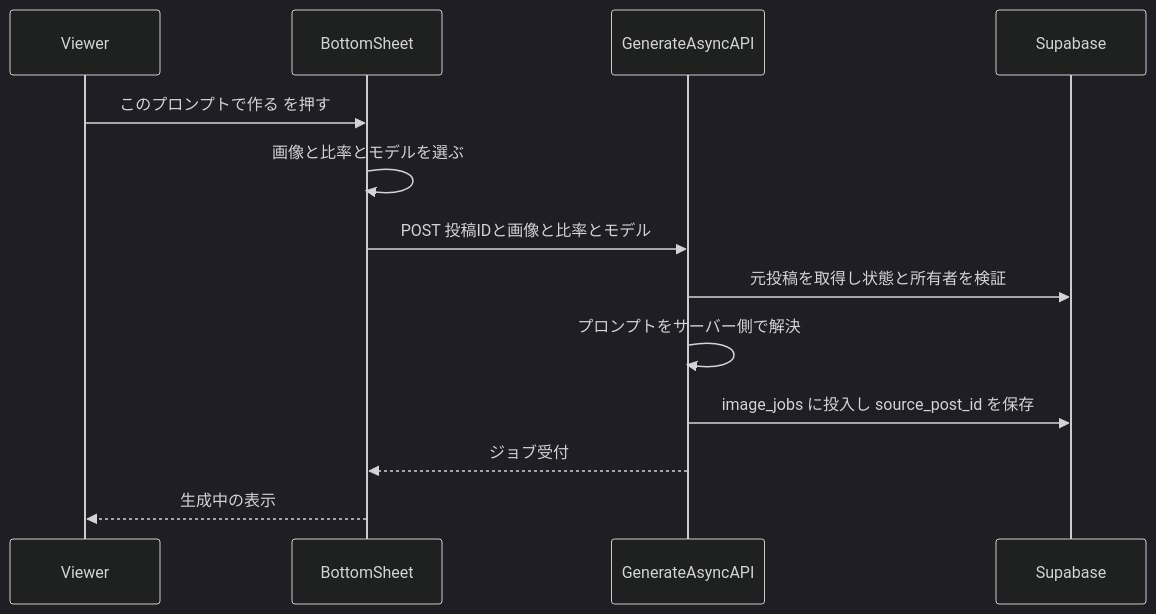
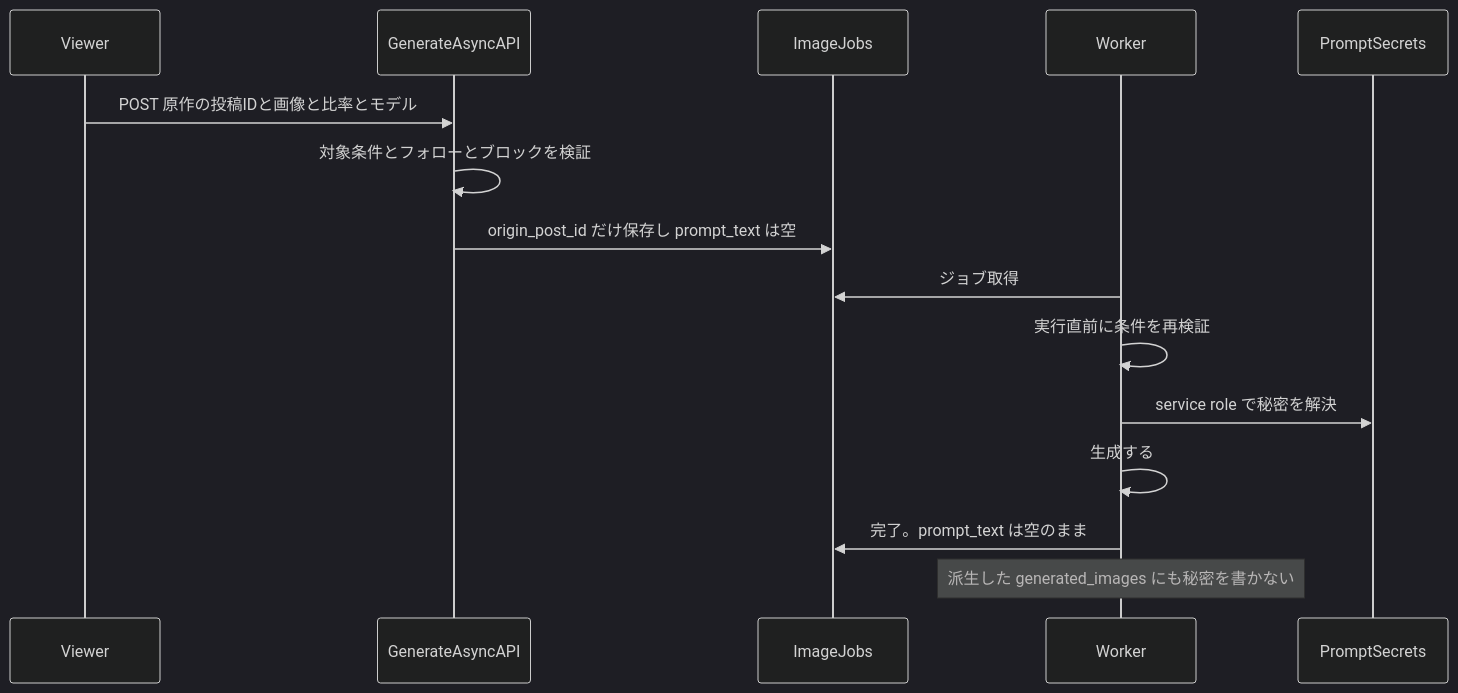
Before and after one commit to 3balljugglerYu/ai_coordinate: the third of 6 diagrams in docs/planning/free-prompt-private-mode-implementation-plan.md, drawn with Mermaid (dark theme). The commit also changed other lines of this file, not shown here.

````diff
--- a/docs/planning/free-prompt-private-mode-implementation-plan.md
+++ b/docs/planning/free-prompt-private-mode-implementation-plan.md
@@ -146,15 +151,17 @@
 ```mermaid
 sequenceDiagram
     participant U as Viewer
-    participant S as BottomSheet
     participant API as GenerateAsyncAPI
-    participant DB as Supabase
-    U->>S: このプロンプトで作る を押す
-    S->>S: 画像と比率とモデルを選ぶ
-    S->>API: POST 投稿IDと画像と比率とモデル
-    API->>DB: 元投稿を取得し状態と所有者を検証
-    API->>API: プロンプトをサーバー側で解決
-    API->>DB: image_jobs に投入し source_post_id を保存
-    API-->>S: ジョブ受付
-    S-->>U: 生成中の表示
+    participant J as ImageJobs
+    participant W as Worker
+    participant S as PromptSecrets
+    U->>API: POST 原作の投稿IDと画像と比率とモデル
+    API->>API: 対象条件とフォローとブロックを検証
+    API->>J: origin_post_id だけ保存し prompt_text は空
+    W->>J: ジョブ取得
+    W->>W: 実行直前に条件を再検証
+    W->>S: service role で秘密を解決
+    W->>W: 生成する
+    W->>J: 完了。prompt_text は空のまま
+    Note over W: 派生した generated_images にも秘密を書かない
 ```
````
